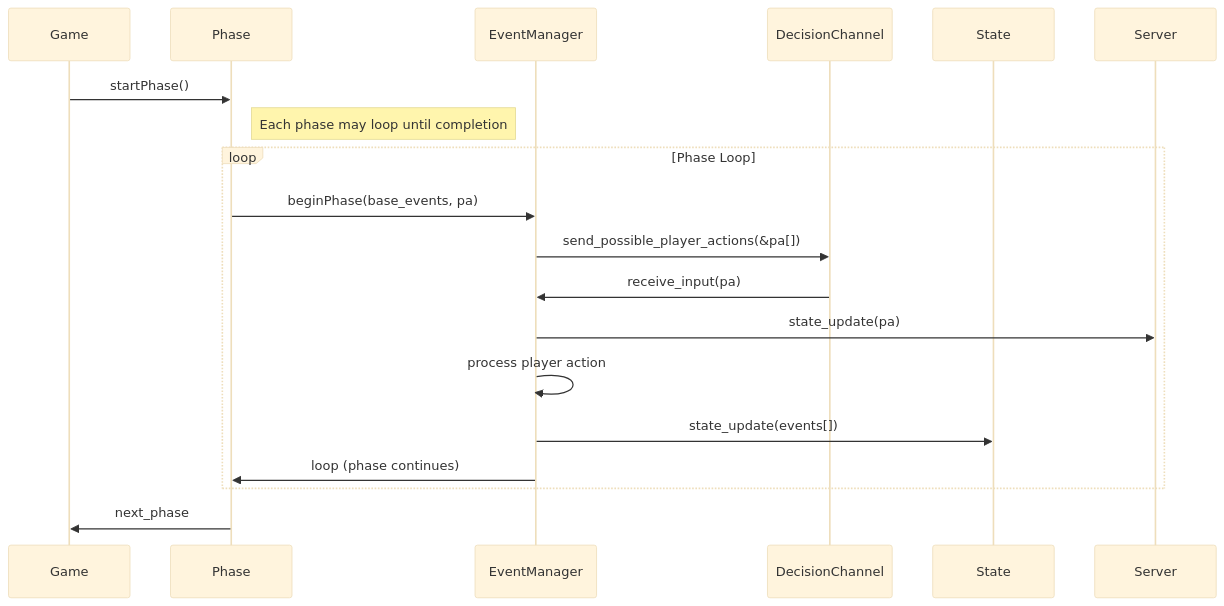
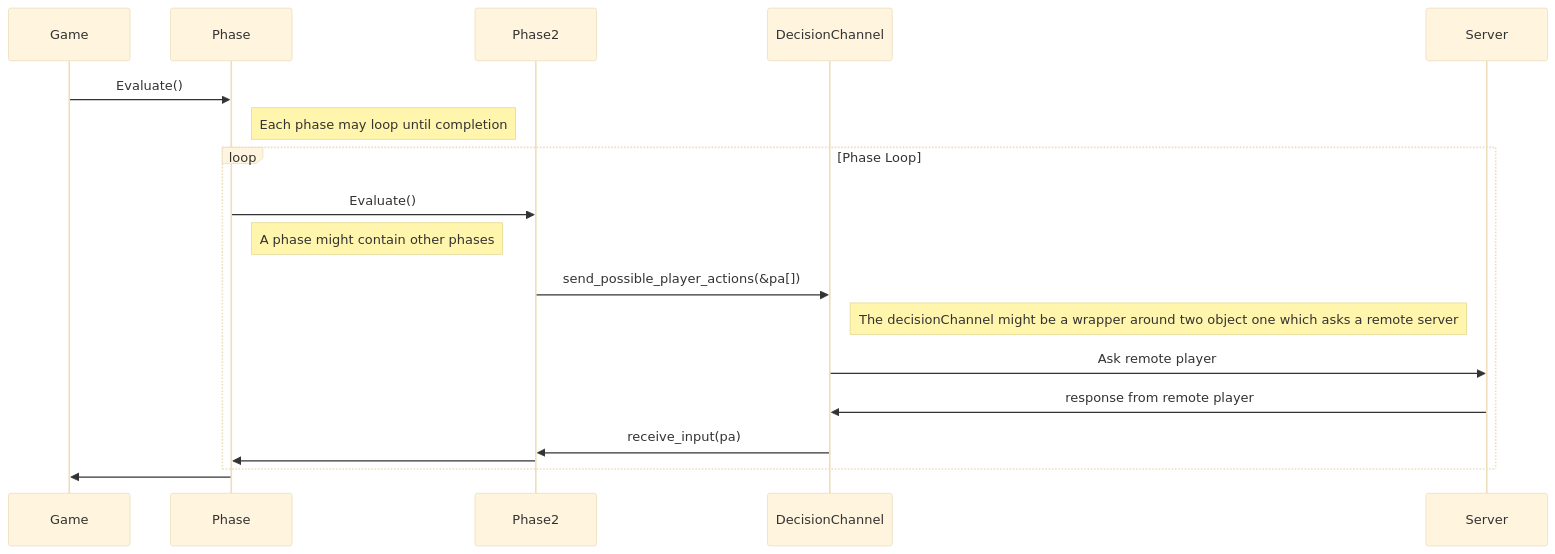
One commit to Spooky-Firefox/d7032e_home_exam changed the diagram in readme.md. Above: the diagram before and after it, drawn with Mermaid (base theme). The commit also changed other lines of this file and 9 other files, not shown here.

````diff
--- a/readme.md
+++ b/readme.md
@@ -105,22 +90,22 @@
 ```mermaid
 sequenceDiagram
     participant Game
     participant Phase
-    participant EventManager
+    participant Phase2
     participant DecisionChannel
-    participant State
     participant Server
 
-    Game->>Phase: startPhase()
+    Game->>Phase: Evaluate()
     Note right of Phase: Each phase may loop until completion
     loop Phase Loop
-        Phase->>EventManager: beginPhase(base_events, pa)
-        EventManager->>DecisionChannel: send_possible_player_actions(&pa[])
-        DecisionChannel->>EventManager: receive_input(pa)
-        EventManager->>Server: state_update(pa)
-        EventManager->>EventManager: process player action
-        EventManager->>State: state_update(events[])
-        EventManager->>Phase: loop (phase continues)
+        Phase->>Phase2: Evaluate()
+        Note right of Phase: A phase might contain other phases
+        Phase2->>DecisionChannel: send_possible_player_actions(&pa[])
+        Note right of DecisionChannel: The decisionChannel might be a wrapper around two object one which asks a remote server
+        DecisionChannel->>Server: Ask remote player
+        Server->>DecisionChannel: response from remote player
+        DecisionChannel->>Phase2: receive_input(pa)
+        Phase2->>Phase: 
     end
-        Phase->>Game: next_phase
+        Phase->>Game: 
 ```
````
